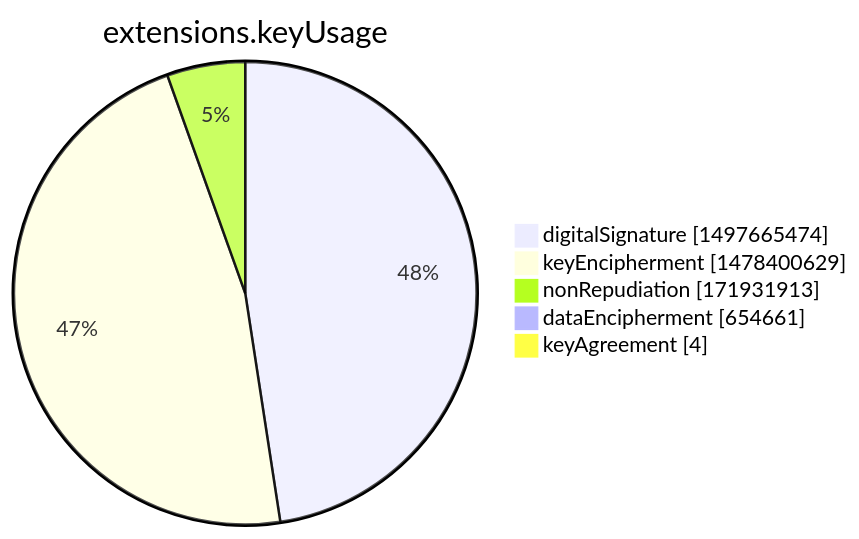
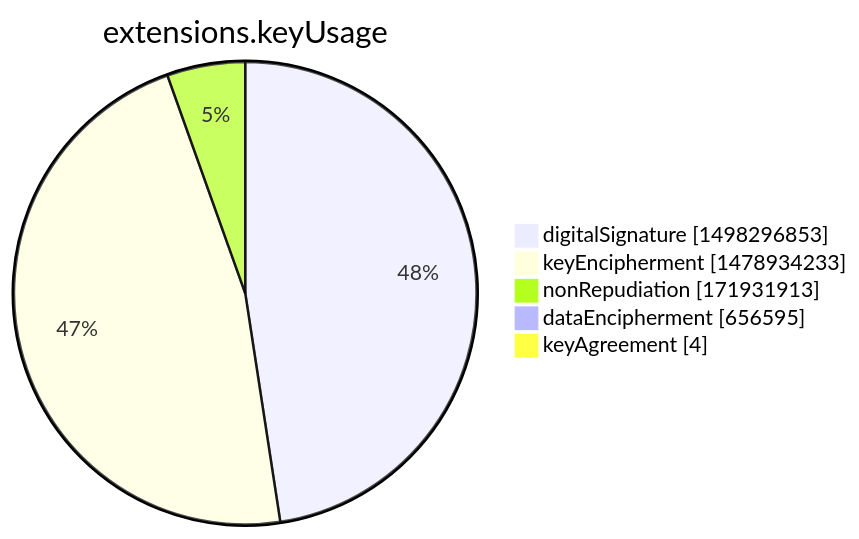
The seventh of 15 diagrams in argon2022/README.md (christiankrug/ctmonitor_visualization), drawn with Mermaid before and after one commit. The commit also changed other lines of this file, not shown here.

````diff
--- a/argon2022/README.md
+++ b/argon2022/README.md
@@ -2751,9 +2751,9 @@
 ```mermaid
 pie showData
 title extensions.keyUsage
-"digitalSignature" :1497665474
-"keyEncipherment" :1478400629
+"digitalSignature" :1498296853
+"keyEncipherment" :1478934233
 "nonRepudiation" :171931913
-"dataEncipherment" :654661
+"dataEncipherment" :656595
 "keyAgreement" :4
 ```
````
